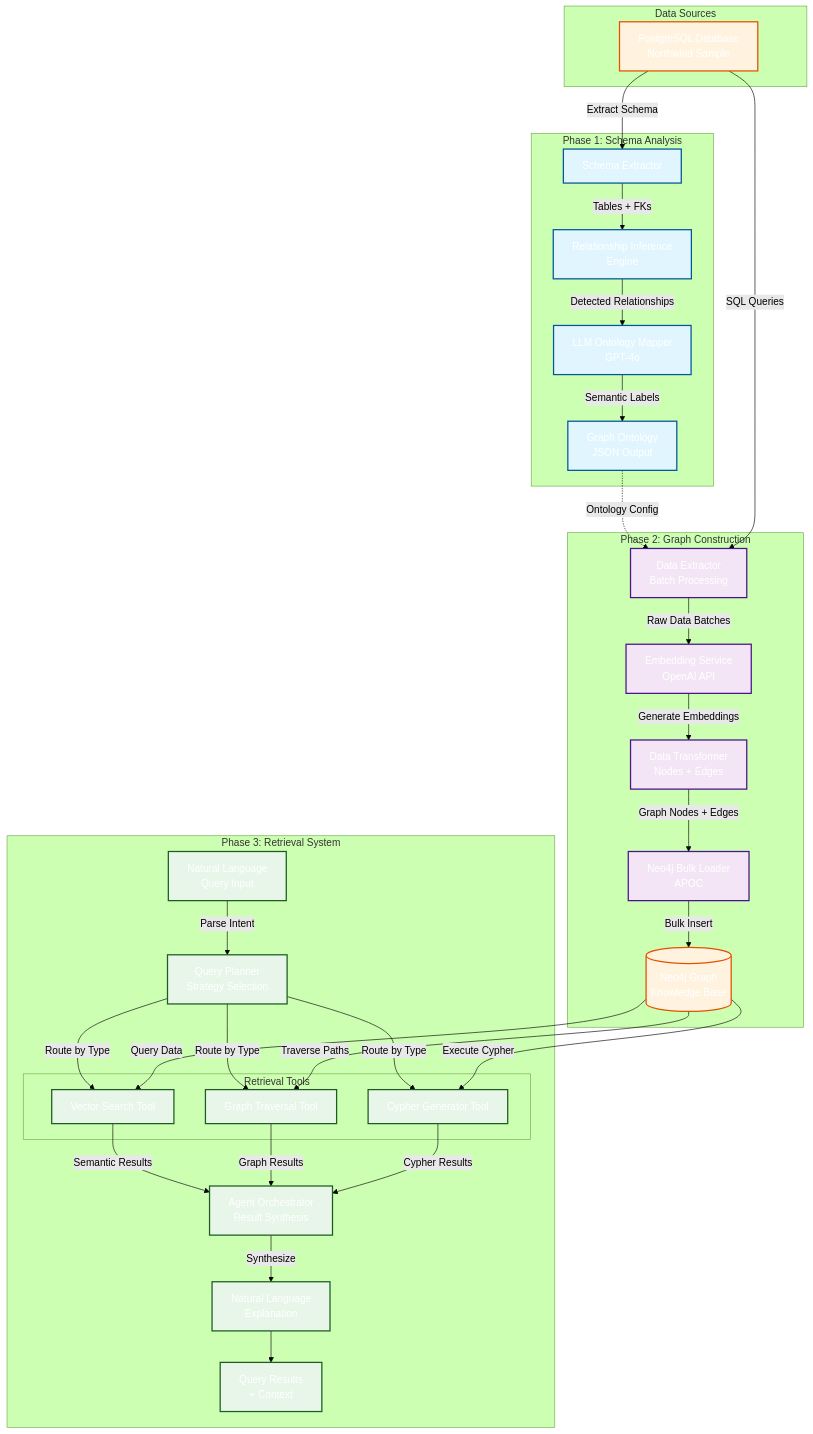
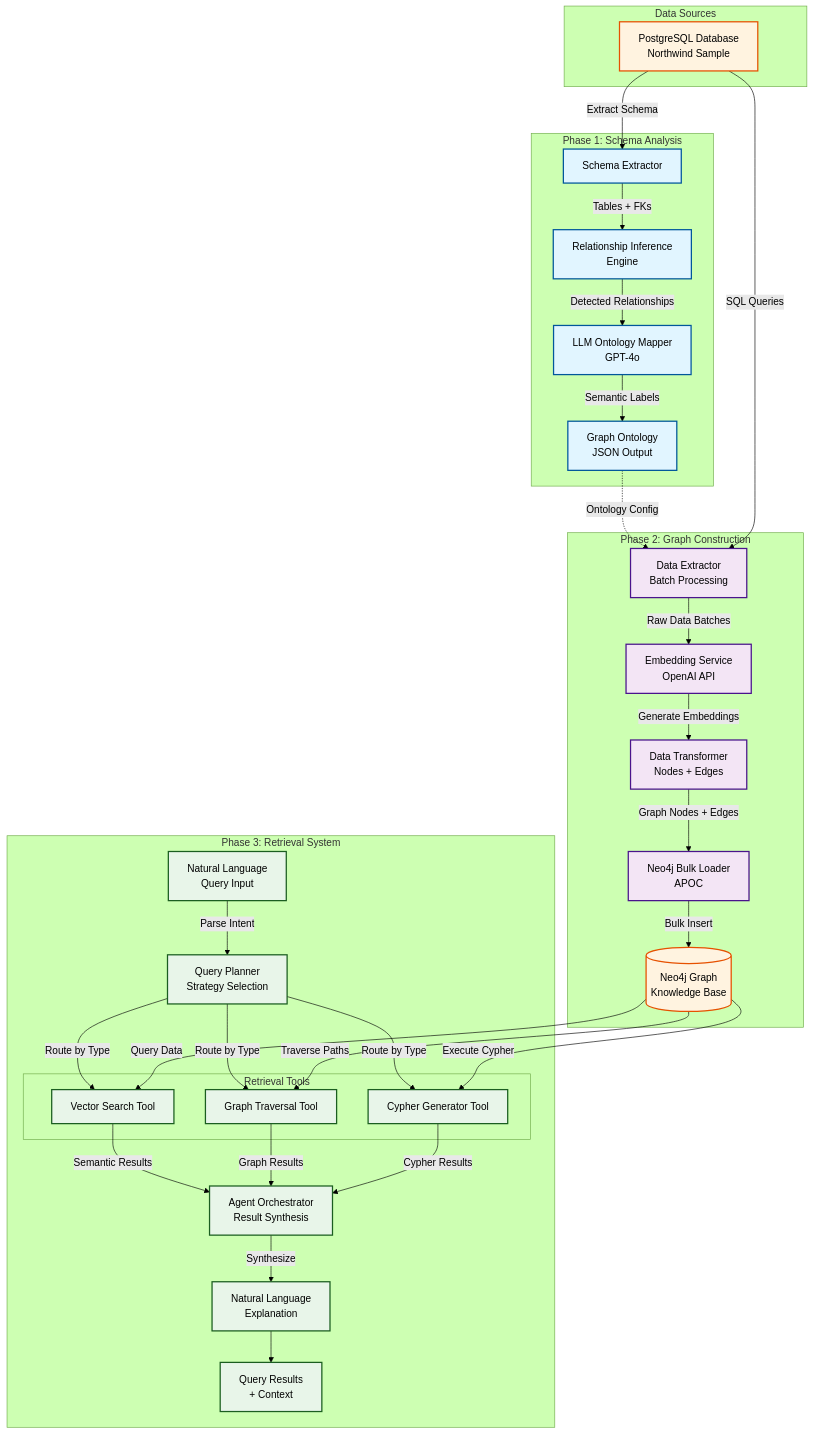
The diagram in README.md (RohitMudili/relational-to-graphrag), drawn with Mermaid (forest theme) before and after one commit.

````diff
--- a/README.md
+++ b/README.md
@@ -131,78 +131,78 @@
 ```mermaid
 graph TB
     subgraph "Data Sources"
         A[PostgreSQL Database<br/>Northwind Sample]
     end
 
     subgraph "Phase 1: Schema Analysis"
         B[Schema Extractor]
         C[Relationship Inference<br/>Engine]
         D[LLM Ontology Mapper<br/>GPT-4o]
         E[Graph Ontology<br/>JSON Output]
     end
 
     subgraph "Phase 2: Graph Construction"
         F[Data Extractor<br/>Batch Processing]
         G[Embedding Service<br/>OpenAI API]
         H[Data Transformer<br/>Nodes + Edges]
         I[Neo4j Bulk Loader<br/>APOC]
         J[(Neo4j Graph<br/>Knowledge Base)]
     end
 
     subgraph "Phase 3: Retrieval System"
         K[Natural Language<br/>Query Input]
         L[Query Planner<br/>Strategy Selection]
 
         subgraph "Retrieval Tools"
             M[Vector Search Tool]
             N[Graph Traversal Tool]
             O[Cypher Generator Tool]
         end
 
         P[Agent Orchestrator<br/>Result Synthesis]
         Q[Natural Language<br/>Explanation]
         R[Query Results<br/>+ Context]
     end
 
     %% Phase 1 Flow
     A -->|Extract Schema| B
     B -->|Tables + FKs| C
     C -->|Detected Relationships| D
     D -->|Semantic Labels| E
     E -.->|Ontology Config| F
 
     %% Phase 2 Flow
     A -->|SQL Queries| F
     F -->|Raw Data Batches| G
     G -->|Generate Embeddings| H
     H -->|Graph Nodes + Edges| I
     I -->|Bulk Insert| J
 
     %% Phase 3 Flow
     K -->|Parse Intent| L
     L -->|Route by Type| M
     L -->|Route by Type| N
     L -->|Route by Type| O
 
     M -->|Semantic Results| P
     N -->|Graph Results| P
     O -->|Cypher Results| P
 
     J -->|Query Data| M
     J -->|Traverse Paths| N
     J -->|Execute Cypher| O
 
     P -->|Synthesize| Q
     Q --> R
 
     %% Styling
-    classDef phase1 fill:#e1f5ff,stroke:#01579b,stroke-width:2px,color:#fff
-    classDef phase2 fill:#f3e5f5,stroke:#4a148c,stroke-width:2px,color:#fff
-    classDef phase3 fill:#e8f5e9,stroke:#1b5e20,stroke-width:2px,color:#fff
-    classDef database fill:#fff3e0,stroke:#e65100,stroke-width:2px,color:#fff
+    classDef phase1 fill:#e1f5ff,stroke:#01579b,stroke-width:2px,color:#000
+    classDef phase2 fill:#f3e5f5,stroke:#4a148c,stroke-width:2px,color:#000
+    classDef phase3 fill:#e8f5e9,stroke:#1b5e20,stroke-width:2px,color:#000
+    classDef database fill:#fff3e0,stroke:#e65100,stroke-width:2px,color:#000
 
     class B,C,D,E phase1
     class F,G,H,I,J phase2
     class K,L,M,N,O,P,Q,R phase3
     class A,J database
 ```
````
